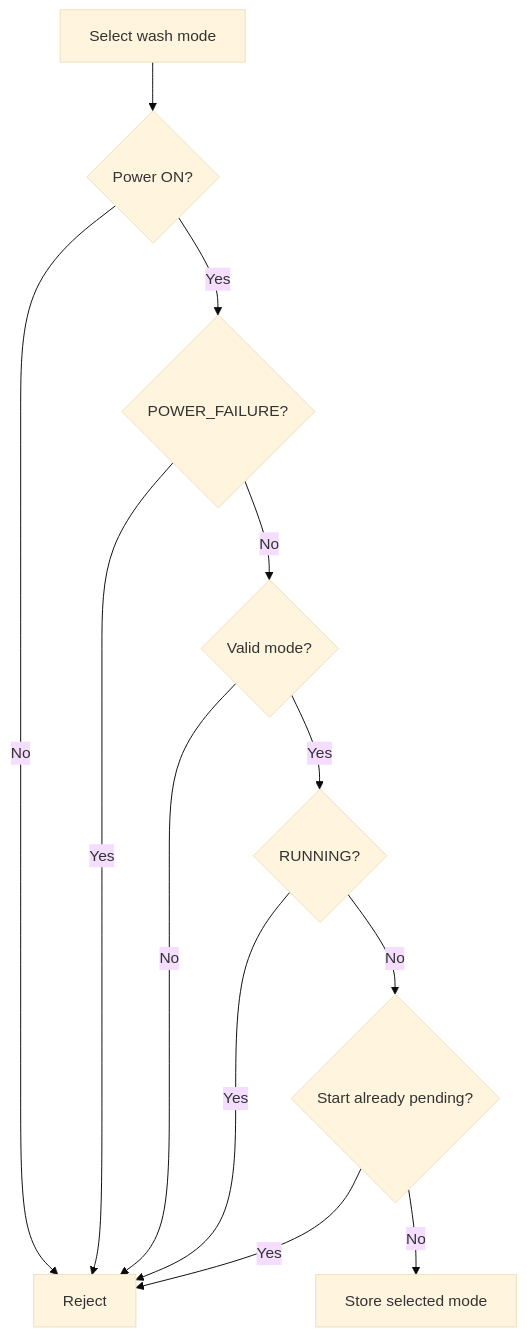
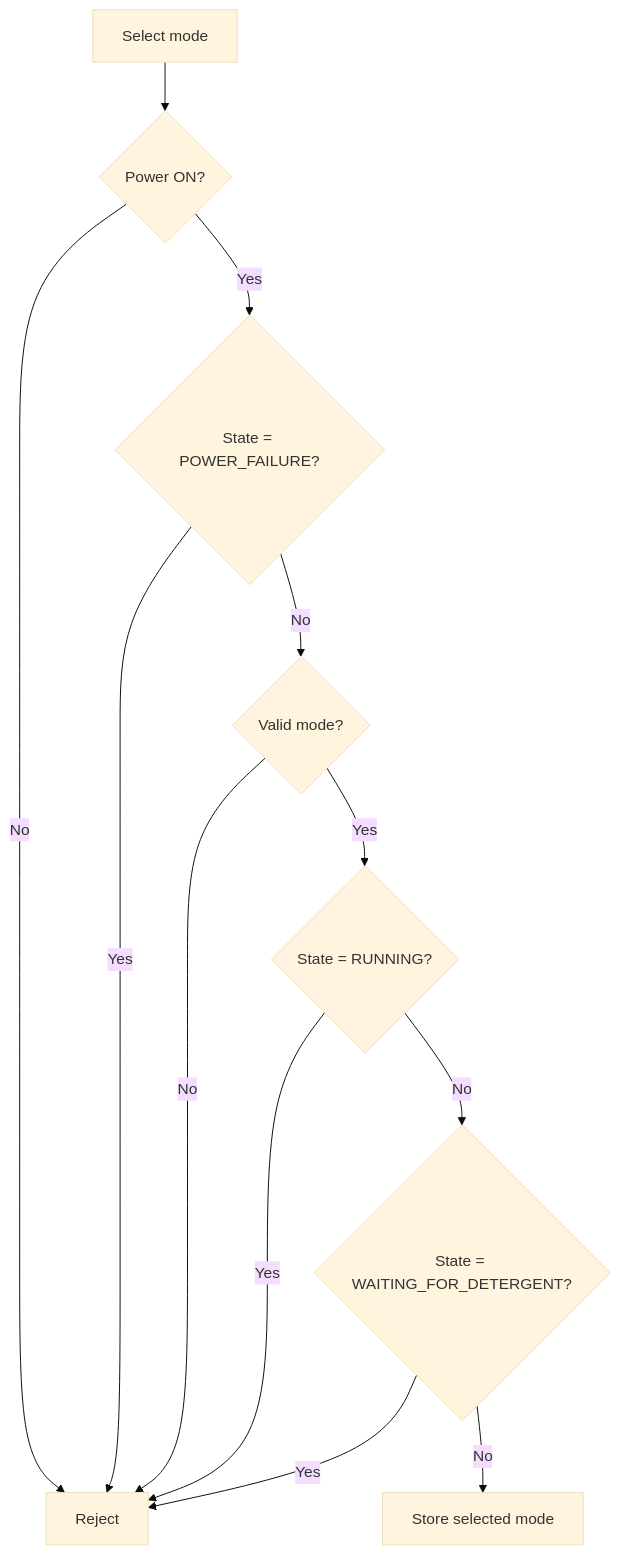
The second of 19 diagrams in README.md (BMMADHUMITHA/weighted_rr), drawn with Mermaid (base theme) before and after one commit. The commit also changed other lines of this file, not shown here.

````diff
--- a/README.md
+++ b/README.md
@@ -142,14 +129,14 @@
 ```mermaid
 flowchart TD
-    A[Select wash mode] --> B{Power ON?}
+    A[Select mode] --> B{Power ON?}
     B -- No --> X[Reject]
-    B -- Yes --> C{POWER_FAILURE?}
+    B -- Yes --> C{State = POWER_FAILURE?}
     C -- Yes --> X
     C -- No --> D{Valid mode?}
     D -- No --> X
-    D -- Yes --> E{RUNNING?}
+    D -- Yes --> E{State = RUNNING?}
     E -- Yes --> X
-    E -- No --> F{Start already pending?}
+    E -- No --> F{State = WAITING_FOR_DETERGENT?}
     F -- Yes --> X
     F -- No --> G[Store selected mode]
 ```
````
